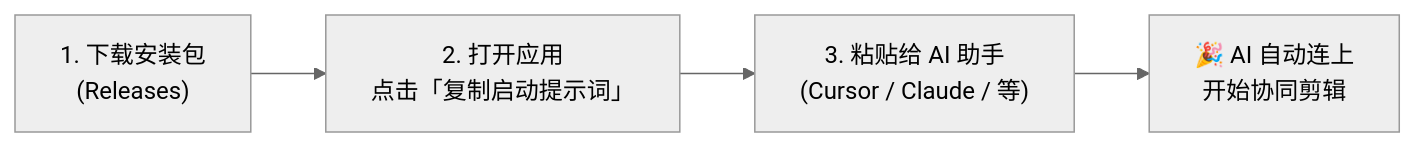
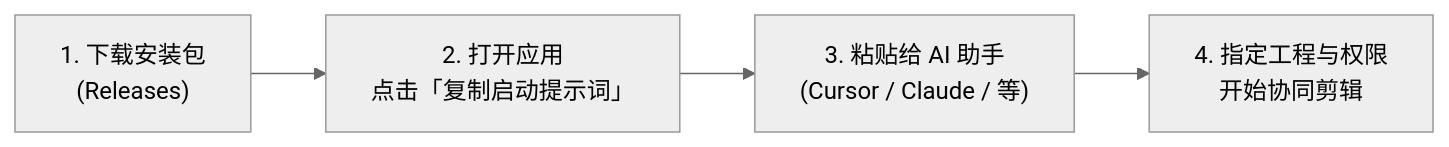
The first of 2 diagrams in README.md (yuchen-ya/reelterminal), drawn with Mermaid (neutral theme) before and after one commit. The commit also changed other lines of this file and 1 other file, not shown here.

````diff
--- a/README.md
+++ b/README.md
@@ -58,4 +58,4 @@
 ```mermaid
 flowchart LR
-    A["1. 下载安装包<br>(Releases)"] --> B["2. 打开应用<br>点击「复制启动提示词」"] --> C["3. 粘贴给 AI 助手<br>(Cursor / Claude / 等)"] --> D["🎉 AI 自动连上<br>开始协同剪辑"]
+    A["1. 下载安装包<br>(Releases)"] --> B["2. 打开应用<br>点击「复制启动提示词」"] --> C["3. 粘贴给 AI 助手<br>(Cursor / Claude / 等)"] --> D["4. 指定工程与权限<br>开始协同剪辑"]
 ```
````
